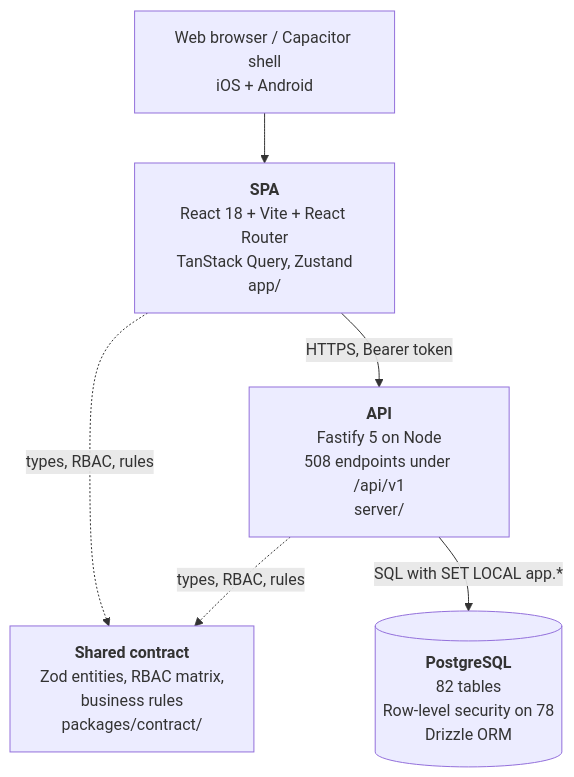
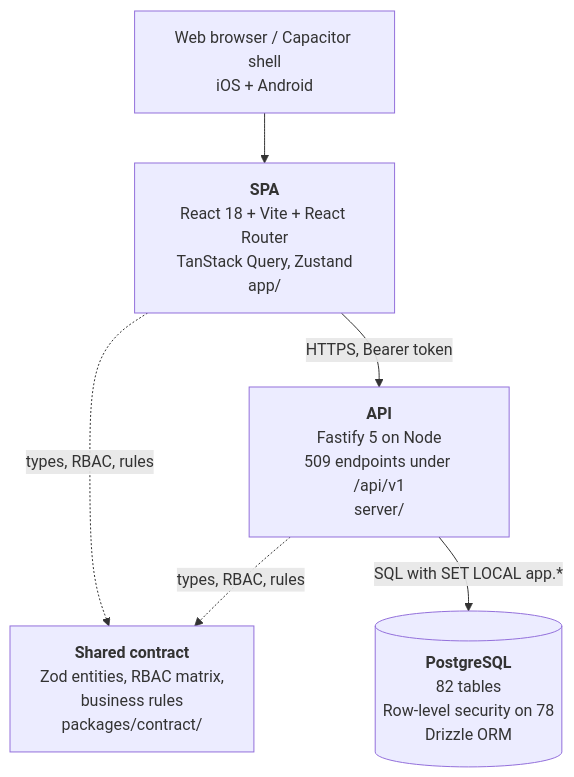
The second of 4 diagrams in docs/15_C4_ARCHITECTURE_DIAGRAMS/C4_MODEL.md (tazamohd/SlClNe), drawn with Mermaid before and after one commit. The commit also changed other lines of this file and 41 other files, not shown here.

````diff
--- a/docs/15_C4_ARCHITECTURE_DIAGRAMS/C4_MODEL.md
+++ b/docs/15_C4_ARCHITECTURE_DIAGRAMS/C4_MODEL.md
@@ -42,13 +42,13 @@
 ```mermaid
 flowchart TB
   browser["Web browser / Capacitor shell<br/>iOS + Android"]
   spa["<b>SPA</b><br/>React 18 + Vite + React Router<br/>TanStack Query, Zustand<br/>app/"]
-  api["<b>API</b><br/>Fastify 5 on Node<br/>508 endpoints under /api/v1<br/>server/"]
+  api["<b>API</b><br/>Fastify 5 on Node<br/>509 endpoints under /api/v1<br/>server/"]
   contract["<b>Shared contract</b><br/>Zod entities, RBAC matrix,<br/>business rules<br/>packages/contract/"]
   db[("<b>PostgreSQL</b><br/>82 tables<br/>Row-level security on 78<br/>Drizzle ORM")]
   browser --> spa
   spa -->|"HTTPS, Bearer token"| api
   spa -.->|"types, RBAC, rules"| contract
   api -.->|"types, RBAC, rules"| contract
   api -->|"SQL with SET LOCAL app.*"| db
 ```
````
